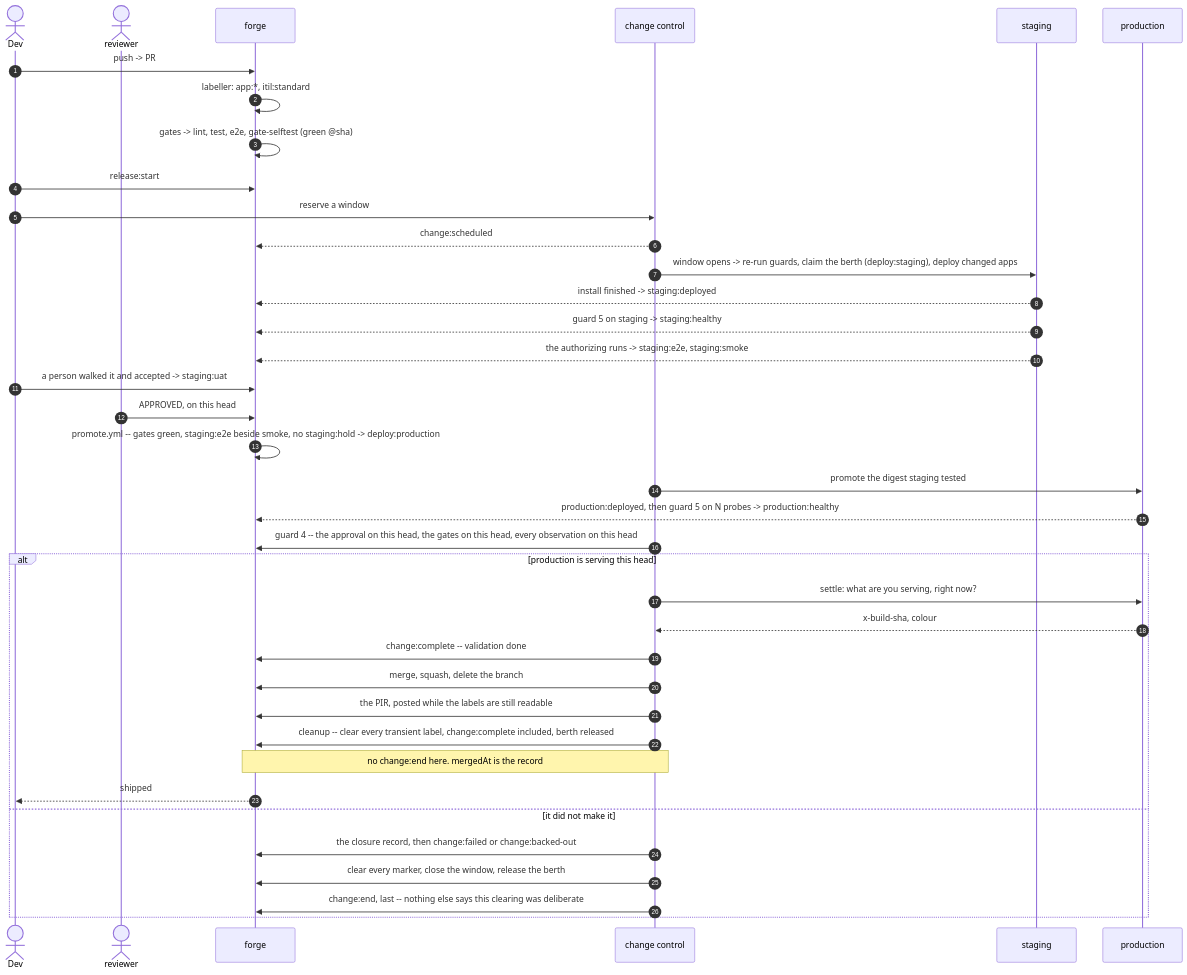
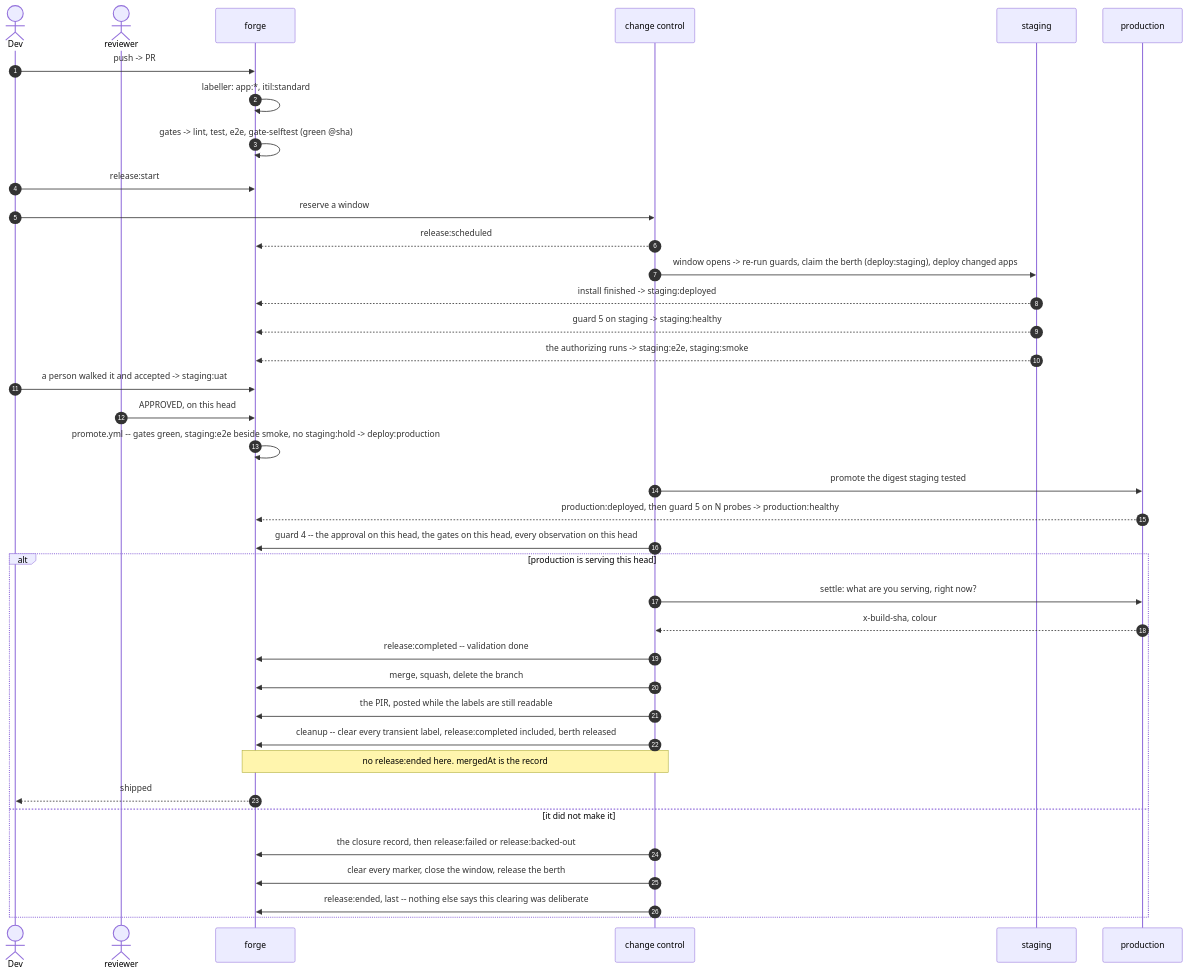
Before and after one commit to aygp-dr/standard-change: the second of 6 diagrams in README.org, drawn with Mermaid. The commit also changed other lines of this file and 39 other files, not shown here.

```diff
--- a/README.org
+++ b/README.org
@@ -96,42 +96,42 @@
 #+begin_src mermaid :eval never-export
 sequenceDiagram
     autonumber
     actor Dev
     actor Rev as reviewer
     participant GH as forge
     participant IDP as change control
     participant Stg as staging
     participant Prod as production
 
     Dev->>GH: push -> PR
     GH->>GH: labeller: app:*, itil:standard
     GH->>GH: gates -> lint, test, e2e, gate-selftest (green @sha)
     Dev->>GH: release:start
     Dev->>IDP: reserve a window
-    IDP-->>GH: change:scheduled
+    IDP-->>GH: release:scheduled
     IDP->>Stg: window opens -> re-run guards, claim the berth (deploy:staging), deploy changed apps
     Stg-->>GH: install finished -> staging:deployed
     Stg-->>GH: guard 5 on staging -> staging:healthy
     Stg-->>GH: the authorizing runs -> staging:e2e, staging:smoke
     Dev->>GH: a person walked it and accepted -> staging:uat
     Rev->>GH: APPROVED, on this head
     GH->>GH: promote.yml -- gates green, staging:e2e beside smoke, no staging:hold -> deploy:production
     IDP->>Prod: promote the digest staging tested
     Prod-->>GH: production:deployed, then guard 5 on N probes -> production:healthy
     IDP->>GH: guard 4 -- the approval on this head, the gates on this head, every observation on this head
 
     alt production is serving this head
         IDP->>Prod: settle: what are you serving, right now?
         Prod-->>IDP: x-build-sha, colour
-        IDP->>GH: change:complete -- validation done
+        IDP->>GH: release:completed -- validation done
         IDP->>GH: merge, squash, delete the branch
         IDP->>GH: the PIR, posted while the labels are still readable
-        IDP->>GH: cleanup -- clear every transient label, change:complete included, berth released
-        Note over IDP,GH: no change:end here. mergedAt is the record
+        IDP->>GH: cleanup -- clear every transient label, release:completed included, berth released
+        Note over IDP,GH: no release:ended here. mergedAt is the record
         GH-->>Dev: shipped
     else it did not make it
-        IDP->>GH: the closure record, then change:failed or change:backed-out
+        IDP->>GH: the closure record, then release:failed or release:backed-out
         IDP->>GH: clear every marker, close the window, release the berth
-        IDP->>GH: change:end, last -- nothing else says this clearing was deliberate
+        IDP->>GH: release:ended, last -- nothing else says this clearing was deliberate
     end
 #+end_src
```
